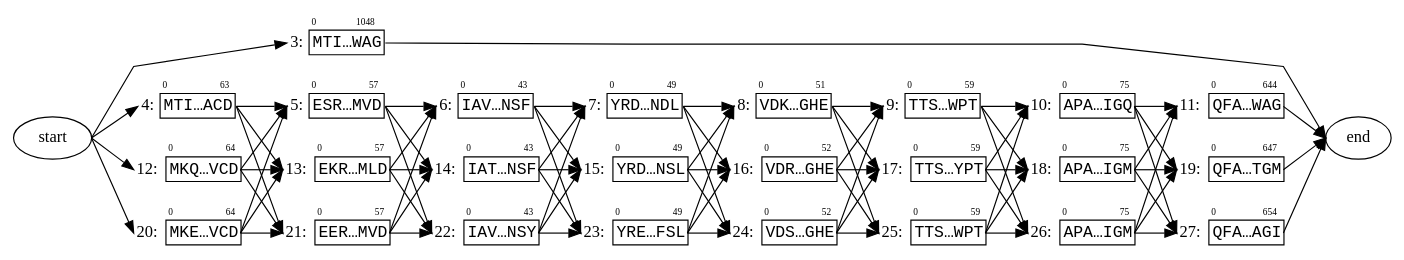
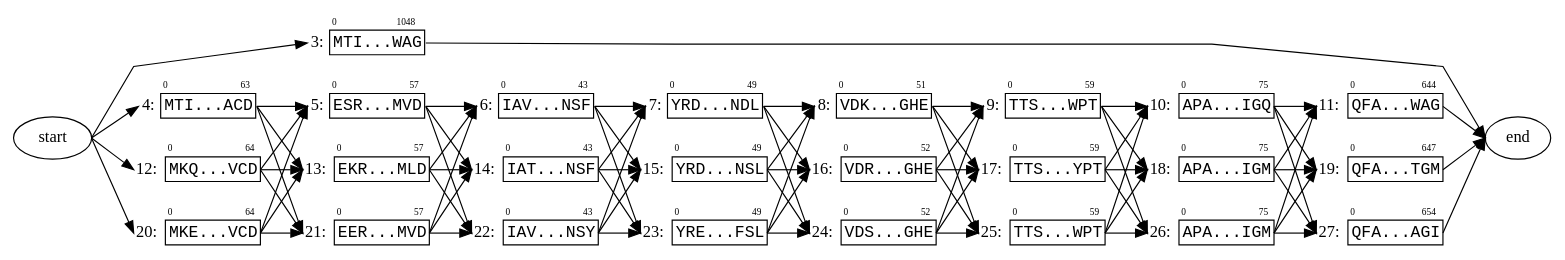
The diagram in docs/figures/protein_figure_1.dot (ginkgobioworks/gen), drawn with Graphviz before and after one commit. The commit also changed 2 other files, not shown here.

```diff
--- a/docs/figures/protein_figure_1.dot
+++ b/docs/figures/protein_figure_1.dot
@@ -4,105 +4,105 @@
 	];
 	node [label="\N"];
 	source	[label=start];
-	3.0	[label=<<TABLE BORDER='0' CELLBORDER='1' CELLSPACING='0'><TR><TD BORDER='0'></TD><TD BORDER='0' ALIGN='LEFT'><FONT POINT-SIZE='8'>0</FONT></TD><TD BORDER='0' ALIGN='RIGHT'><FONT POINT-SIZE='8'>1048</FONT></TD></TR><TR><TD BORDER='0' PORT='caption' ALIGN='right'>3:</TD><TD PORT='seq' COLSPAN='2'><FONT FACE='Courier New'>MTI…WAG</FONT></TD></TR></TABLE>>,
+	3.0	[label=<<TABLE BORDER='0' CELLBORDER='1' CELLSPACING='0'><TR><TD BORDER='0'></TD><TD BORDER='0' ALIGN='LEFT'><FONT POINT-SIZE='8'>0</FONT></TD><TD BORDER='0' ALIGN='RIGHT'><FONT POINT-SIZE='8'>1048</FONT></TD></TR><TR><TD BORDER='0' PORT='caption' ALIGN='right'>3:</TD><TD PORT='seq' COLSPAN='2'><FONT FACE='Courier New'>MTI...WAG</FONT></TD></TR></TABLE>>,
 		margin=0,
 		shape=none];
 	source:e -> 3.0:caption:w;
-	4.0	[label=<<TABLE BORDER='0' CELLBORDER='1' CELLSPACING='0'><TR><TD BORDER='0'></TD><TD BORDER='0' ALIGN='LEFT'><FONT POINT-SIZE='8'>0</FONT></TD><TD BORDER='0' ALIGN='RIGHT'><FONT POINT-SIZE='8'>63</FONT></TD></TR><TR><TD BORDER='0' PORT='caption' ALIGN='right'>4:</TD><TD PORT='seq' COLSPAN='2'><FONT FACE='Courier New'>MTI…ACD</FONT></TD></TR></TABLE>>,
+	4.0	[label=<<TABLE BORDER='0' CELLBORDER='1' CELLSPACING='0'><TR><TD BORDER='0'></TD><TD BORDER='0' ALIGN='LEFT'><FONT POINT-SIZE='8'>0</FONT></TD><TD BORDER='0' ALIGN='RIGHT'><FONT POINT-SIZE='8'>63</FONT></TD></TR><TR><TD BORDER='0' PORT='caption' ALIGN='right'>4:</TD><TD PORT='seq' COLSPAN='2'><FONT FACE='Courier New'>MTI...ACD</FONT></TD></TR></TABLE>>,
 		margin=0,
 		shape=none];
 	source:e -> 4.0:caption:w;
-	12.0	[label=<<TABLE BORDER='0' CELLBORDER='1' CELLSPACING='0'><TR><TD BORDER='0'></TD><TD BORDER='0' ALIGN='LEFT'><FONT POINT-SIZE='8'>0</FONT></TD><TD BORDER='0' ALIGN='RIGHT'><FONT POINT-SIZE='8'>64</FONT></TD></TR><TR><TD BORDER='0' PORT='caption' ALIGN='right'>12:</TD><TD PORT='seq' COLSPAN='2'><FONT FACE='Courier New'>MKQ…VCD</FONT></TD></TR></TABLE>>,
+	12.0	[label=<<TABLE BORDER='0' CELLBORDER='1' CELLSPACING='0'><TR><TD BORDER='0'></TD><TD BORDER='0' ALIGN='LEFT'><FONT POINT-SIZE='8'>0</FONT></TD><TD BORDER='0' ALIGN='RIGHT'><FONT POINT-SIZE='8'>64</FONT></TD></TR><TR><TD BORDER='0' PORT='caption' ALIGN='right'>12:</TD><TD PORT='seq' COLSPAN='2'><FONT FACE='Courier New'>MKQ...VCD</FONT></TD></TR></TABLE>>,
 		margin=0,
 		shape=none];
 	source:e -> 12.0:caption:w;
-	20.0	[label=<<TABLE BORDER='0' CELLBORDER='1' CELLSPACING='0'><TR><TD BORDER='0'></TD><TD BORDER='0' ALIGN='LEFT'><FONT POINT-SIZE='8'>0</FONT></TD><TD BORDER='0' ALIGN='RIGHT'><FONT POINT-SIZE='8'>64</FONT></TD></TR><TR><TD BORDER='0' PORT='caption' ALIGN='right'>20:</TD><TD PORT='seq' COLSPAN='2'><FONT FACE='Courier New'>MKE…VCD</FONT></TD></TR></TABLE>>,
+	20.0	[label=<<TABLE BORDER='0' CELLBORDER='1' CELLSPACING='0'><TR><TD BORDER='0'></TD><TD BORDER='0' ALIGN='LEFT'><FONT POINT-SIZE='8'>0</FONT></TD><TD BORDER='0' ALIGN='RIGHT'><FONT POINT-SIZE='8'>64</FONT></TD></TR><TR><TD BORDER='0' PORT='caption' ALIGN='right'>20:</TD><TD PORT='seq' COLSPAN='2'><FONT FACE='Courier New'>MKE...VCD</FONT></TD></TR></TABLE>>,
 		margin=0,
 		shape=none];
 	source:e -> 20.0:caption:w;
 	sink	[label=end];
 	3.0:seq:e -> sink:w;
-	5.0	[label=<<TABLE BORDER='0' CELLBORDER='1' CELLSPACING='0'><TR><TD BORDER='0'></TD><TD BORDER='0' ALIGN='LEFT'><FONT POINT-SIZE='8'>0</FONT></TD><TD BORDER='0' ALIGN='RIGHT'><FONT POINT-SIZE='8'>57</FONT></TD></TR><TR><TD BORDER='0' PORT='caption' ALIGN='right'>5:</TD><TD PORT='seq' COLSPAN='2'><FONT FACE='Courier New'>ESR…MVD</FONT></TD></TR></TABLE>>,
+	5.0	[label=<<TABLE BORDER='0' CELLBORDER='1' CELLSPACING='0'><TR><TD BORDER='0'></TD><TD BORDER='0' ALIGN='LEFT'><FONT POINT-SIZE='8'>0</FONT></TD><TD BORDER='0' ALIGN='RIGHT'><FONT POINT-SIZE='8'>57</FONT></TD></TR><TR><TD BORDER='0' PORT='caption' ALIGN='right'>5:</TD><TD PORT='seq' COLSPAN='2'><FONT FACE='Courier New'>ESR...MVD</FONT></TD></TR></TABLE>>,
 		margin=0,
 		shape=none];
 	4.0:seq:e -> 5.0:caption:w;
-	13.0	[label=<<TABLE BORDER='0' CELLBORDER='1' CELLSPACING='0'><TR><TD BORDER='0'></TD><TD BORDER='0' ALIGN='LEFT'><FONT POINT-SIZE='8'>0</FONT></TD><TD BORDER='0' ALIGN='RIGHT'><FONT POINT-SIZE='8'>57</FONT></TD></TR><TR><TD BORDER='0' PORT='caption' ALIGN='right'>13:</TD><TD PORT='seq' COLSPAN='2'><FONT FACE='Courier New'>EKR…MLD</FONT></TD></TR></TABLE>>,
+	13.0	[label=<<TABLE BORDER='0' CELLBORDER='1' CELLSPACING='0'><TR><TD BORDER='0'></TD><TD BORDER='0' ALIGN='LEFT'><FONT POINT-SIZE='8'>0</FONT></TD><TD BORDER='0' ALIGN='RIGHT'><FONT POINT-SIZE='8'>57</FONT></TD></TR><TR><TD BORDER='0' PORT='caption' ALIGN='right'>13:</TD><TD PORT='seq' COLSPAN='2'><FONT FACE='Courier New'>EKR...MLD</FONT></TD></TR></TABLE>>,
 		margin=0,
 		shape=none];
 	4.0:seq:e -> 13.0:caption:w;
-	21.0	[label=<<TABLE BORDER='0' CELLBORDER='1' CELLSPACING='0'><TR><TD BORDER='0'></TD><TD BORDER='0' ALIGN='LEFT'><FONT POINT-SIZE='8'>0</FONT></TD><TD BORDER='0' ALIGN='RIGHT'><FONT POINT-SIZE='8'>57</FONT></TD></TR><TR><TD BORDER='0' PORT='caption' ALIGN='right'>21:</TD><TD PORT='seq' COLSPAN='2'><FONT FACE='Courier New'>EER…MVD</FONT></TD></TR></TABLE>>,
+	21.0	[label=<<TABLE BORDER='0' CELLBORDER='1' CELLSPACING='0'><TR><TD BORDER='0'></TD><TD BORDER='0' ALIGN='LEFT'><FONT POINT-SIZE='8'>0</FONT></TD><TD BORDER='0' ALIGN='RIGHT'><FONT POINT-SIZE='8'>57</FONT></TD></TR><TR><TD BORDER='0' PORT='caption' ALIGN='right'>21:</TD><TD PORT='seq' COLSPAN='2'><FONT FACE='Courier New'>EER...MVD</FONT></TD></TR></TABLE>>,
 		margin=0,
 		shape=none];
 	4.0:seq:e -> 21.0:caption:w;
-	6.0	[label=<<TABLE BORDER='0' CELLBORDER='1' CELLSPACING='0'><TR><TD BORDER='0'></TD><TD BORDER='0' ALIGN='LEFT'><FONT POINT-SIZE='8'>0</FONT></TD><TD BORDER='0' ALIGN='RIGHT'><FONT POINT-SIZE='8'>43</FONT></TD></TR><TR><TD BORDER='0' PORT='caption' ALIGN='right'>6:</TD><TD PORT='seq' COLSPAN='2'><FONT FACE='Courier New'>IAV…NSF</FONT></TD></TR></TABLE>>,
+	6.0	[label=<<TABLE BORDER='0' CELLBORDER='1' CELLSPACING='0'><TR><TD BORDER='0'></TD><TD BORDER='0' ALIGN='LEFT'><FONT POINT-SIZE='8'>0</FONT></TD><TD BORDER='0' ALIGN='RIGHT'><FONT POINT-SIZE='8'>43</FONT></TD></TR><TR><TD BORDER='0' PORT='caption' ALIGN='right'>6:</TD><TD PORT='seq' COLSPAN='2'><FONT FACE='Courier New'>IAV...NSF</FONT></TD></TR></TABLE>>,
 		margin=0,
 		shape=none];
 	5.0:seq:e -> 6.0:caption:w;
-	14.0	[label=<<TABLE BORDER='0' CELLBORDER='1' CELLSPACING='0'><TR><TD BORDER='0'></TD><TD BORDER='0' ALIGN='LEFT'><FONT POINT-SIZE='8'>0</FONT></TD><TD BORDER='0' ALIGN='RIGHT'><FONT POINT-SIZE='8'>43</FONT></TD></TR><TR><TD BORDER='0' PORT='caption' ALIGN='right'>14:</TD><TD PORT='seq' COLSPAN='2'><FONT FACE='Courier New'>IAT…NSF</FONT></TD></TR></TABLE>>,
+	14.0	[label=<<TABLE BORDER='0' CELLBORDER='1' CELLSPACING='0'><TR><TD BORDER='0'></TD><TD BORDER='0' ALIGN='LEFT'><FONT POINT-SIZE='8'>0</FONT></TD><TD BORDER='0' ALIGN='RIGHT'><FONT POINT-SIZE='8'>43</FONT></TD></TR><TR><TD BORDER='0' PORT='caption' ALIGN='right'>14:</TD><TD PORT='seq' COLSPAN='2'><FONT FACE='Courier New'>IAT...NSF</FONT></TD></TR></TABLE>>,
 		margin=0,
 		shape=none];
 	5.0:seq:e -> 14.0:caption:w;
-	22.0	[label=<<TABLE BORDER='0' CELLBORDER='1' CELLSPACING='0'><TR><TD BORDER='0'></TD><TD BORDER='0' ALIGN='LEFT'><FONT POINT-SIZE='8'>0</FONT></TD><TD BORDER='0' ALIGN='RIGHT'><FONT POINT-SIZE='8'>43</FONT></TD></TR><TR><TD BORDER='0' PORT='caption' ALIGN='right'>22:</TD><TD PORT='seq' COLSPAN='2'><FONT FACE='Courier New'>IAV…NSY</FONT></TD></TR></TABLE>>,
+	22.0	[label=<<TABLE BORDER='0' CELLBORDER='1' CELLSPACING='0'><TR><TD BORDER='0'></TD><TD BORDER='0' ALIGN='LEFT'><FONT POINT-SIZE='8'>0</FONT></TD><TD BORDER='0' ALIGN='RIGHT'><FONT POINT-SIZE='8'>43</FONT></TD></TR><TR><TD BORDER='0' PORT='caption' ALIGN='right'>22:</TD><TD PORT='seq' COLSPAN='2'><FONT FACE='Courier New'>IAV...NSY</FONT></TD></TR></TABLE>>,
 		margin=0,
 		shape=none];
 	5.0:seq:e -> 22.0:caption:w;
-	7.0	[label=<<TABLE BORDER='0' CELLBORDER='1' CELLSPACING='0'><TR><TD BORDER='0'></TD><TD BORDER='0' ALIGN='LEFT'><FONT POINT-SIZE='8'>0</FONT></TD><TD BORDER='0' ALIGN='RIGHT'><FONT POINT-SIZE='8'>49</FONT></TD></TR><TR><TD BORDER='0' PORT='caption' ALIGN='right'>7:</TD><TD PORT='seq' COLSPAN='2'><FONT FACE='Courier New'>YRD…NDL</FONT></TD></TR></TABLE>>,
+	7.0	[label=<<TABLE BORDER='0' CELLBORDER='1' CELLSPACING='0'><TR><TD BORDER='0'></TD><TD BORDER='0' ALIGN='LEFT'><FONT POINT-SIZE='8'>0</FONT></TD><TD BORDER='0' ALIGN='RIGHT'><FONT POINT-SIZE='8'>49</FONT></TD></TR><TR><TD BORDER='0' PORT='caption' ALIGN='right'>7:</TD><TD PORT='seq' COLSPAN='2'><FONT FACE='Courier New'>YRD...NDL</FONT></TD></TR></TABLE>>,
 		margin=0,
 		shape=none];
 	6.0:seq:e -> 7.0:caption:w;
-	15.0	[label=<<TABLE BORDER='0' CELLBORDER='1' CELLSPACING='0'><TR><TD BORDER='0'></TD><TD BORDER='0' ALIGN='LEFT'><FONT POINT-SIZE='8'>0</FONT></TD><TD BORDER='0' ALIGN='RIGHT'><FONT POINT-SIZE='8'>49</FONT></TD></TR><TR><TD BORDER='0' PORT='caption' ALIGN='right'>15:</TD><TD PORT='seq' COLSPAN='2'><FONT FACE='Courier New'>YRD…NSL</FONT></TD></TR></TABLE>>,
+	15.0	[label=<<TABLE BORDER='0' CELLBORDER='1' CELLSPACING='0'><TR><TD BORDER='0'></TD><TD BORDER='0' ALIGN='LEFT'><FONT POINT-SIZE='8'>0</FONT></TD><TD BORDER='0' ALIGN='RIGHT'><FONT POINT-SIZE='8'>49</FONT></TD></TR><TR><TD BORDER='0' PORT='caption' ALIGN='right'>15:</TD><TD PORT='seq' COLSPAN='2'><FONT FACE='Courier New'>YRD...NSL</FONT></TD></TR></TABLE>>,
 		margin=0,
 		shape=none];
 	6.0:seq:e -> 15.0:caption:w;
-	23.0	[label=<<TABLE BORDER='0' CELLBORDER='1' CELLSPACING='0'><TR><TD BORDER='0'></TD><TD BORDER='0' ALIGN='LEFT'><FONT POINT-SIZE='8'>0</FONT></TD><TD BORDER='0' ALIGN='RIGHT'><FONT POINT-SIZE='8'>49</FONT></TD></TR><TR><TD BORDER='0' PORT='caption' ALIGN='right'>23:</TD><TD PORT='seq' COLSPAN='2'><FONT FACE='Courier New'>YRE…FSL</FONT></TD></TR></TABLE>>,
+	23.0	[label=<<TABLE BORDER='0' CELLBORDER='1' CELLSPACING='0'><TR><TD BORDER='0'></TD><TD BORDER='0' ALIGN='LEFT'><FONT POINT-SIZE='8'>0</FONT></TD><TD BORDER='0' ALIGN='RIGHT'><FONT POINT-SIZE='8'>49</FONT></TD></TR><TR><TD BORDER='0' PORT='caption' ALIGN='right'>23:</TD><TD PORT='seq' COLSPAN='2'><FONT FACE='Courier New'>YRE...FSL</FONT></TD></TR></TABLE>>,
 		margin=0,
 		shape=none];
 	6.0:seq:e -> 23.0:caption:w;
-	8.0	[label=<<TABLE BORDER='0' CELLBORDER='1' CELLSPACING='0'><TR><TD BORDER='0'></TD><TD BORDER='0' ALIGN='LEFT'><FONT POINT-SIZE='8'>0</FONT></TD><TD BORDER='0' ALIGN='RIGHT'><FONT POINT-SIZE='8'>51</FONT></TD></TR><TR><TD BORDER='0' PORT='caption' ALIGN='right'>8:</TD><TD PORT='seq' COLSPAN='2'><FONT FACE='Courier New'>VDK…GHE</FONT></TD></TR></TABLE>>,
+	8.0	[label=<<TABLE BORDER='0' CELLBORDER='1' CELLSPACING='0'><TR><TD BORDER='0'></TD><TD BORDER='0' ALIGN='LEFT'><FONT POINT-SIZE='8'>0</FONT></TD><TD BORDER='0' ALIGN='RIGHT'><FONT POINT-SIZE='8'>51</FONT></TD></TR><TR><TD BORDER='0' PORT='caption' ALIGN='right'>8:</TD><TD PORT='seq' COLSPAN='2'><FONT FACE='Courier New'>VDK...GHE</FONT></TD></TR></TABLE>>,
 		margin=0,
 		shape=none];
 	7.0:seq:e -> 8.0:caption:w;
-	16.0	[label=<<TABLE BORDER='0' CELLBORDER='1' CELLSPACING='0'><TR><TD BORDER='0'></TD><TD BORDER='0' ALIGN='LEFT'><FONT POINT-SIZE='8'>0</FONT></TD><TD BORDER='0' ALIGN='RIGHT'><FONT POINT-SIZE='8'>52</FONT></TD></TR><TR><TD BORDER='0' PORT='caption' ALIGN='right'>16:</TD><TD PORT='seq' COLSPAN='2'><FONT FACE='Courier New'>VDR…GHE</FONT></TD></TR></TABLE>>,
+	16.0	[label=<<TABLE BORDER='0' CELLBORDER='1' CELLSPACING='0'><TR><TD BORDER='0'></TD><TD BORDER='0' ALIGN='LEFT'><FONT POINT-SIZE='8'>0</FONT></TD><TD BORDER='0' ALIGN='RIGHT'><FONT POINT-SIZE='8'>52</FONT></TD></TR><TR><TD BORDER='0' PORT='caption' ALIGN='right'>16:</TD><TD PORT='seq' COLSPAN='2'><FONT FACE='Courier New'>VDR...GHE</FONT></TD></TR></TABLE>>,
 		margin=0,
 		shape=none];
 	7.0:seq:e -> 16.0:caption:w;
-	24.0	[label=<<TABLE BORDER='0' CELLBORDER='1' CELLSPACING='0'><TR><TD BORDER='0'></TD><TD BORDER='0' ALIGN='LEFT'><FONT POINT-SIZE='8'>0</FONT></TD><TD BORDER='0' ALIGN='RIGHT'><FONT POINT-SIZE='8'>52</FONT></TD></TR><TR><TD BORDER='0' PORT='caption' ALIGN='right'>24:</TD><TD PORT='seq' COLSPAN='2'><FONT FACE='Courier New'>VDS…GHE</FONT></TD></TR></TABLE>>,
+	24.0	[label=<<TABLE BORDER='0' CELLBORDER='1' CELLSPACING='0'><TR><TD BORDER='0'></TD><TD BORDER='0' ALIGN='LEFT'><FONT POINT-SIZE='8'>0</FONT></TD><TD BORDER='0' ALIGN='RIGHT'><FONT POINT-SIZE='8'>52</FONT></TD></TR><TR><TD BORDER='0' PORT='caption' ALIGN='right'>24:</TD><TD PORT='seq' COLSPAN='2'><FONT FACE='Courier New'>VDS...GHE</FONT></TD></TR></TABLE>>,
 		margin=0,
 		shape=none];
 	7.0:seq:e -> 24.0:caption:w;
-	9.0	[label=<<TABLE BORDER='0' CELLBORDER='1' CELLSPACING='0'><TR><TD BORDER='0'></TD><TD BORDER='0' ALIGN='LEFT'><FONT POINT-SIZE='8'>0</FONT></TD><TD BORDER='0' ALIGN='RIGHT'><FONT POINT-SIZE='8'>59</FONT></TD></TR><TR><TD BORDER='0' PORT='caption' ALIGN='right'>9:</TD><TD PORT='seq' COLSPAN='2'><FONT FACE='Courier New'>TTS…WPT</FONT></TD></TR></TABLE>>,
+	9.0	[label=<<TABLE BORDER='0' CELLBORDER='1' CELLSPACING='0'><TR><TD BORDER='0'></TD><TD BORDER='0' ALIGN='LEFT'><FONT POINT-SIZE='8'>0</FONT></TD><TD BORDER='0' ALIGN='RIGHT'><FONT POINT-SIZE='8'>59</FONT></TD></TR><TR><TD BORDER='0' PORT='caption' ALIGN='right'>9:</TD><TD PORT='seq' COLSPAN='2'><FONT FACE='Courier New'>TTS...WPT</FONT></TD></TR></TABLE>>,
 		margin=0,
 		shape=none];
 	8.0:seq:e -> 9.0:caption:w;
-	17.0	[label=<<TABLE BORDER='0' CELLBORDER='1' CELLSPACING='0'><TR><TD BORDER='0'></TD><TD BORDER='0' ALIGN='LEFT'><FONT POINT-SIZE='8'>0</FONT></TD><TD BORDER='0' ALIGN='RIGHT'><FONT POINT-SIZE='8'>59</FONT></TD></TR><TR><TD BORDER='0' PORT='caption' ALIGN='right'>17:</TD><TD PORT='seq' COLSPAN='2'><FONT FACE='Courier New'>TTS…YPT</FONT></TD></TR></TABLE>>,
+	17.0	[label=<<TABLE BORDER='0' CELLBORDER='1' CELLSPACING='0'><TR><TD BORDER='0'></TD><TD BORDER='0' ALIGN='LEFT'><FONT POINT-SIZE='8'>0</FONT></TD><TD BORDER='0' ALIGN='RIGHT'><FONT POINT-SIZE='8'>59</FONT></TD></TR><TR><TD BORDER='0' PORT='caption' ALIGN='right'>17:</TD><TD PORT='seq' COLSPAN='2'><FONT FACE='Courier New'>TTS...YPT</FONT></TD></TR></TABLE>>,
 		margin=0,
 		shape=none];
 	8.0:seq:e -> 17.0:caption:w;
-	25.0	[label=<<TABLE BORDER='0' CELLBORDER='1' CELLSPACING='0'><TR><TD BORDER='0'></TD><TD BORDER='0' ALIGN='LEFT'><FONT POINT-SIZE='8'>0</FONT></TD><TD BORDER='0' ALIGN='RIGHT'><FONT POINT-SIZE='8'>59</FONT></TD></TR><TR><TD BORDER='0' PORT='caption' ALIGN='right'>25:</TD><TD PORT='seq' COLSPAN='2'><FONT FACE='Courier New'>TTS…WPT</FONT></TD></TR></TABLE>>,
+	25.0	[label=<<TABLE BORDER='0' CELLBORDER='1' CELLSPACING='0'><TR><TD BORDER='0'></TD><TD BORDER='0' ALIGN='LEFT'><FONT POINT-SIZE='8'>0</FONT></TD><TD BORDER='0' ALIGN='RIGHT'><FONT POINT-SIZE='8'>59</FONT></TD></TR><TR><TD BORDER='0' PORT='caption' ALIGN='right'>25:</TD><TD PORT='seq' COLSPAN='2'><FONT FACE='Courier New'>TTS...WPT</FONT></TD></TR></TABLE>>,
 		margin=0,
 		shape=none];
 	8.0:seq:e -> 25.0:caption:w;
-	10.0	[label=<<TABLE BORDER='0' CELLBORDER='1' CELLSPACING='0'><TR><TD BORDER='0'></TD><TD BORDER='0' ALIGN='LEFT'><FONT POINT-SIZE='8'>0</FONT></TD><TD BORDER='0' ALIGN='RIGHT'><FONT POINT-SIZE='8'>75</FONT></TD></TR><TR><TD BORDER='0' PORT='caption' ALIGN='right'>10:</TD><TD PORT='seq' COLSPAN='2'><FONT FACE='Courier New'>APA…IGQ</FONT></TD></TR></TABLE>>,
+	10.0	[label=<<TABLE BORDER='0' CELLBORDER='1' CELLSPACING='0'><TR><TD BORDER='0'></TD><TD BORDER='0' ALIGN='LEFT'><FONT POINT-SIZE='8'>0</FONT></TD><TD BORDER='0' ALIGN='RIGHT'><FONT POINT-SIZE='8'>75</FONT></TD></TR><TR><TD BORDER='0' PORT='caption' ALIGN='right'>10:</TD><TD PORT='seq' COLSPAN='2'><FONT FACE='Courier New'>APA...IGQ</FONT></TD></TR></TABLE>>,
 		margin=0,
 		shape=none];
 	9.0:seq:e -> 10.0:caption:w;
-	18.0	[label=<<TABLE BORDER='0' CELLBORDER='1' CELLSPACING='0'><TR><TD BORDER='0'></TD><TD BORDER='0' ALIGN='LEFT'><FONT POINT-SIZE='8'>0</FONT></TD><TD BORDER='0' ALIGN='RIGHT'><FONT POINT-SIZE='8'>75</FONT></TD></TR><TR><TD BORDER='0' PORT='caption' ALIGN='right'>18:</TD><TD PORT='seq' COLSPAN='2'><FONT FACE='Courier New'>APA…IGM</FONT></TD></TR></TABLE>>,
+	18.0	[label=<<TABLE BORDER='0' CELLBORDER='1' CELLSPACING='0'><TR><TD BORDER='0'></TD><TD BORDER='0' ALIGN='LEFT'><FONT POINT-SIZE='8'>0</FONT></TD><TD BORDER='0' ALIGN='RIGHT'><FONT POINT-SIZE='8'>75</FONT></TD></TR><TR><TD BORDER='0' PORT='caption' ALIGN='right'>18:</TD><TD PORT='seq' COLSPAN='2'><FONT FACE='Courier New'>APA...IGM</FONT></TD></TR></TABLE>>,
 		margin=0,
 		shape=none];
 	9.0:seq:e -> 18.0:caption:w;
-	26.0	[label=<<TABLE BORDER='0' CELLBORDER='1' CELLSPACING='0'><TR><TD BORDER='0'></TD><TD BORDER='0' ALIGN='LEFT'><FONT POINT-SIZE='8'>0</FONT></TD><TD BORDER='0' ALIGN='RIGHT'><FONT POINT-SIZE='8'>75</FONT></TD></TR><TR><TD BORDER='0' PORT='caption' ALIGN='right'>26:</TD><TD PORT='seq' COLSPAN='2'><FONT FACE='Courier New'>APA…IGM</FONT></TD></TR></TABLE>>,
+	26.0	[label=<<TABLE BORDER='0' CELLBORDER='1' CELLSPACING='0'><TR><TD BORDER='0'></TD><TD BORDER='0' ALIGN='LEFT'><FONT POINT-SIZE='8'>0</FONT></TD><TD BORDER='0' ALIGN='RIGHT'><FONT POINT-SIZE='8'>75</FONT></TD></TR><TR><TD BORDER='0' PORT='caption' ALIGN='right'>26:</TD><TD PORT='seq' COLSPAN='2'><FONT FACE='Courier New'>APA...IGM</FONT></TD></TR></TABLE>>,
 		margin=0,
 		shape=none];
 	9.0:seq:e -> 26.0:caption:w;
-	11.0	[label=<<TABLE BORDER='0' CELLBORDER='1' CELLSPACING='0'><TR><TD BORDER='0'></TD><TD BORDER='0' ALIGN='LEFT'><FONT POINT-SIZE='8'>0</FONT></TD><TD BORDER='0' ALIGN='RIGHT'><FONT POINT-SIZE='8'>644</FONT></TD></TR><TR><TD BORDER='0' PORT='caption' ALIGN='right'>11:</TD><TD PORT='seq' COLSPAN='2'><FONT FACE='Courier New'>QFA…WAG</FONT></TD></TR></TABLE>>,
+	11.0	[label=<<TABLE BORDER='0' CELLBORDER='1' CELLSPACING='0'><TR><TD BORDER='0'></TD><TD BORDER='0' ALIGN='LEFT'><FONT POINT-SIZE='8'>0</FONT></TD><TD BORDER='0' ALIGN='RIGHT'><FONT POINT-SIZE='8'>644</FONT></TD></TR><TR><TD BORDER='0' PORT='caption' ALIGN='right'>11:</TD><TD PORT='seq' COLSPAN='2'><FONT FACE='Courier New'>QFA...WAG</FONT></TD></TR></TABLE>>,
 		margin=0,
 		shape=none];
 	10.0:seq:e -> 11.0:caption:w;
-	19.0	[label=<<TABLE BORDER='0' CELLBORDER='1' CELLSPACING='0'><TR><TD BORDER='0'></TD><TD BORDER='0' ALIGN='LEFT'><FONT POINT-SIZE='8'>0</FONT></TD><TD BORDER='0' ALIGN='RIGHT'><FONT POINT-SIZE='8'>647</FONT></TD></TR><TR><TD BORDER='0' PORT='caption' ALIGN='right'>19:</TD><TD PORT='seq' COLSPAN='2'><FONT FACE='Courier New'>QFA…TGM</FONT></TD></TR></TABLE>>,
+	19.0	[label=<<TABLE BORDER='0' CELLBORDER='1' CELLSPACING='0'><TR><TD BORDER='0'></TD><TD BORDER='0' ALIGN='LEFT'><FONT POINT-SIZE='8'>0</FONT></TD><TD BORDER='0' ALIGN='RIGHT'><FONT POINT-SIZE='8'>647</FONT></TD></TR><TR><TD BORDER='0' PORT='caption' ALIGN='right'>19:</TD><TD PORT='seq' COLSPAN='2'><FONT FACE='Courier New'>QFA...TGM</FONT></TD></TR></TABLE>>,
 		margin=0,
 		shape=none];
 	10.0:seq:e -> 19.0:caption:w;
-	27.0	[label=<<TABLE BORDER='0' CELLBORDER='1' CELLSPACING='0'><TR><TD BORDER='0'></TD><TD BORDER='0' ALIGN='LEFT'><FONT POINT-SIZE='8'>0</FONT></TD><TD BORDER='0' ALIGN='RIGHT'><FONT POINT-SIZE='8'>654</FONT></TD></TR><TR><TD BORDER='0' PORT='caption' ALIGN='right'>27:</TD><TD PORT='seq' COLSPAN='2'><FONT FACE='Courier New'>QFA…AGI</FONT></TD></TR></TABLE>>,
+	27.0	[label=<<TABLE BORDER='0' CELLBORDER='1' CELLSPACING='0'><TR><TD BORDER='0'></TD><TD BORDER='0' ALIGN='LEFT'><FONT POINT-SIZE='8'>0</FONT></TD><TD BORDER='0' ALIGN='RIGHT'><FONT POINT-SIZE='8'>654</FONT></TD></TR><TR><TD BORDER='0' PORT='caption' ALIGN='right'>27:</TD><TD PORT='seq' COLSPAN='2'><FONT FACE='Courier New'>QFA...AGI</FONT></TD></TR></TABLE>>,
 		margin=0,
 		shape=none];
 	10.0:seq:e -> 27.0:caption:w;
```
